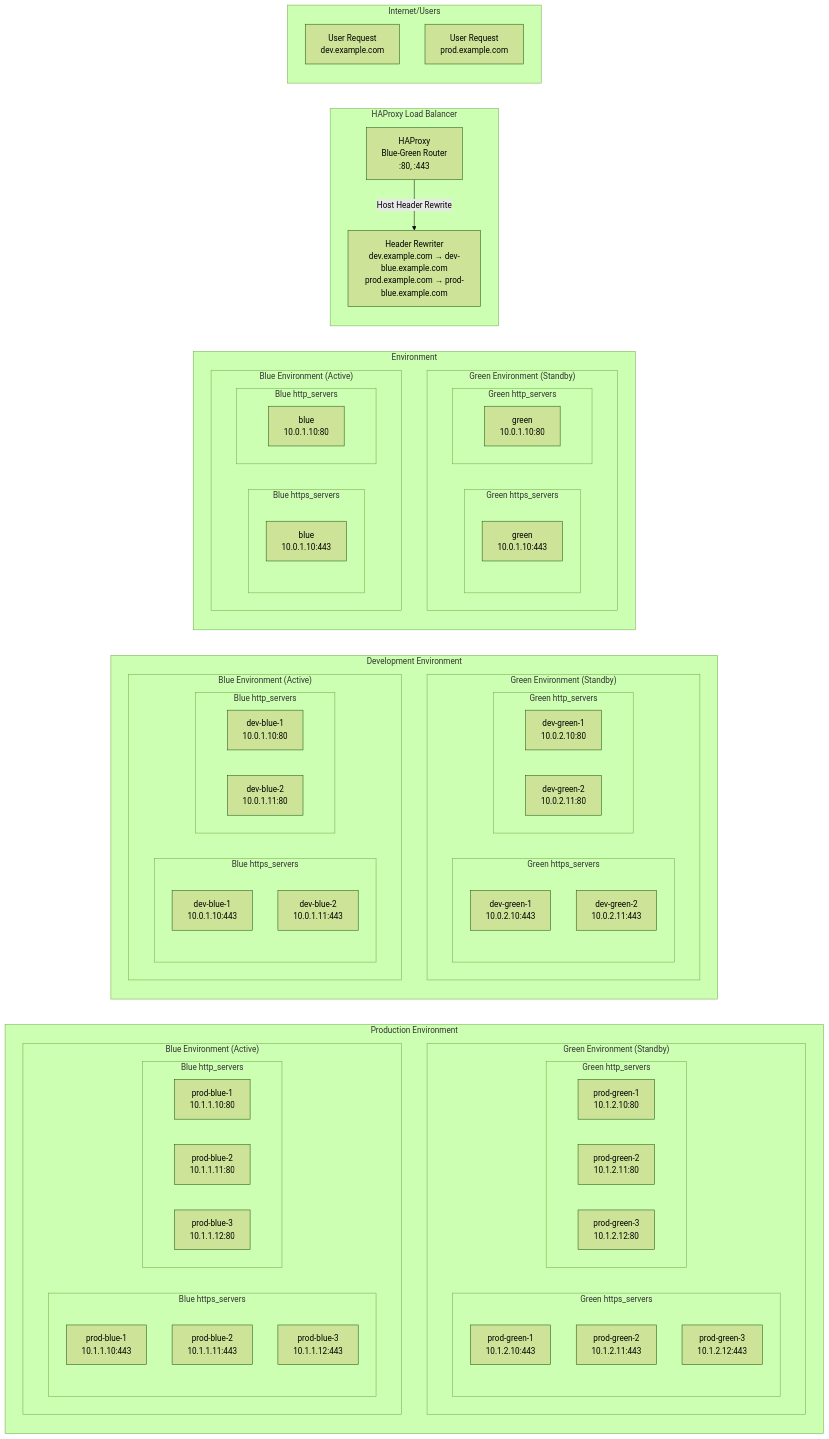
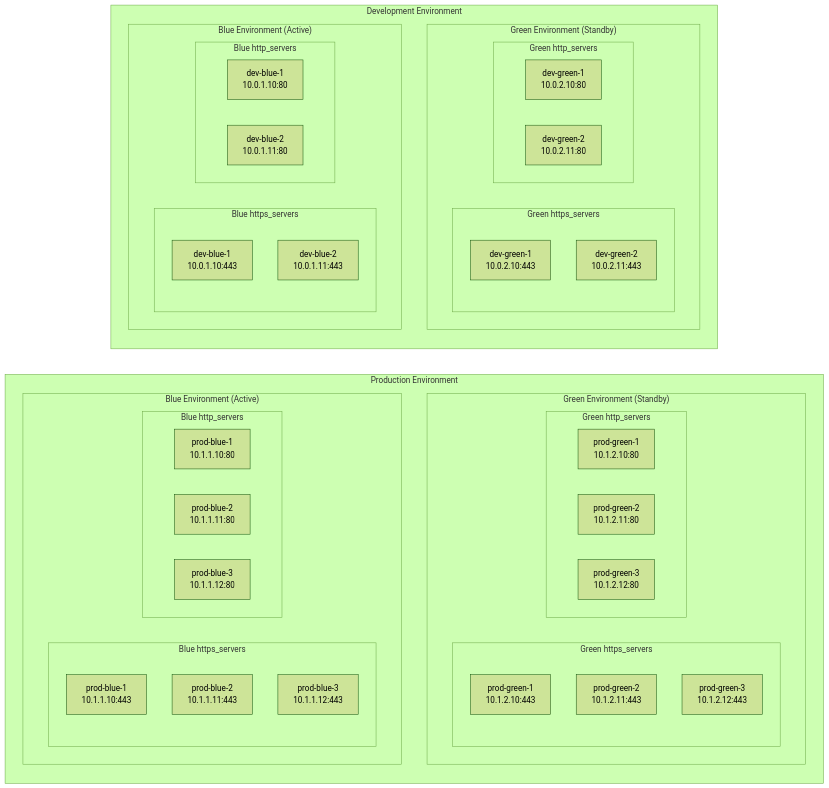
One commit to cadjai/ocp4-cluster-workload-migration changed the second of 2 diagrams in HAPROXY-BLUE-GREEN-README.md. Above: the diagram before and after it, drawn with Mermaid (forest theme).

Commit message:
edit diagram

````diff
--- a/HAPROXY-BLUE-GREEN-README.md
+++ b/HAPROXY-BLUE-GREEN-README.md
@@ -26,81 +58,54 @@
 ```mermaid
 graph LR 
     subgraph "Production Environment"
         subgraph "Green Environment (Standby)"
             subgraph "Green https_servers"
                 PG4[prod-green-1<br/>10.1.2.10:443]
                 PG5[prod-green-2<br/>10.1.2.11:443]
                 PG6[prod-green-3<br/>10.1.2.12:443]
             end
             subgraph "Green http_servers"
                 PG1[prod-green-1<br/>10.1.2.10:80]
                 PG2[prod-green-2<br/>10.1.2.11:80]
                 PG3[prod-green-3<br/>10.1.2.12:80]
             end
         end
         subgraph "Blue Environment (Active)"
             subgraph "Blue https_servers"
                 PB4[prod-blue-1<br/>10.1.1.10:443]
                 PB5[prod-blue-2<br/>10.1.1.11:443]
                 PB6[prod-blue-3<br/>10.1.1.12:443]
             end
             subgraph "Blue http_servers"
                 PB1[prod-blue-1<br/>10.1.1.10:80]
                 PB2[prod-blue-2<br/>10.1.1.11:80]
                 PB3[prod-blue-3<br/>10.1.1.12:80]
             end
         end
     end
 
     subgraph "Development Environment"
         subgraph "Green Environment (Standby)"
             subgraph "Green https_servers"
                 DG3[dev-green-1<br/>10.0.2.10:443]
                 DG4[dev-green-2<br/>10.0.2.11:443]
             end
             subgraph "Green http_servers"
                 DG1[dev-green-1<br/>10.0.2.10:80]
                 DG2[dev-green-2<br/>10.0.2.11:80]
             end
         end
         subgraph "Blue Environment (Active)"
             subgraph "Blue https_servers"
                 DB3[dev-blue-1<br/>10.0.1.10:443]
                 DB4[dev-blue-2<br/>10.0.1.11:443]
             end
             subgraph "Blue http_servers"
                 DB1[dev-blue-1<br/>10.0.1.10:80]
                 DB2[dev-blue-2<br/>10.0.1.11:80]
             end
         end
     end
     
-    subgraph "Environment"
-        subgraph "Green Environment (Standby)"
-            subgraph "Green https_servers"
-                E1[green<br/>10.0.1.10:443]
-            end
-            subgraph "Green http_servers"
-                E2[green<br/>10.0.1.10:80]
-            end
-        end
-        subgraph "Blue Environment (Active)"
-            subgraph "Blue https_servers"
-                E3[blue<br/>10.0.1.10:443]
-            end
-            subgraph "Blue http_servers"
-                E4[blue<br/>10.0.1.10:80]
-            end
-        end
-    end
 
-    subgraph "HAProxy Load Balancer"
-        H[HAProxy<br/>Blue-Green Router<br/>:80, :443]
-        H --> |"Host Header Rewrite"| HR[Header Rewriter<br/>dev.example.com → dev-blue.example.com<br/>prod.example.com → prod-blue.example.com]
-    end
-    
-    subgraph "Internet/Users"
-        U1[User Request<br/>dev.example.com] 
-        U2[User Request<br/>prod.example.com]
-    end
 ```
````
